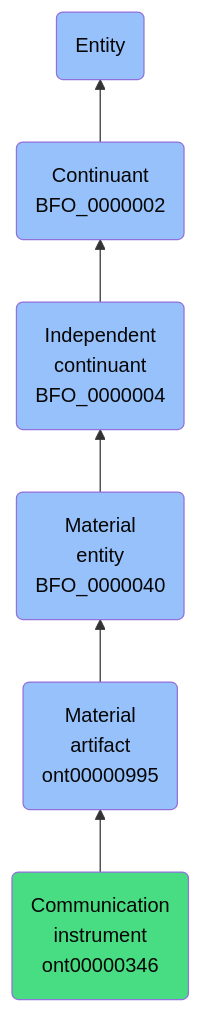
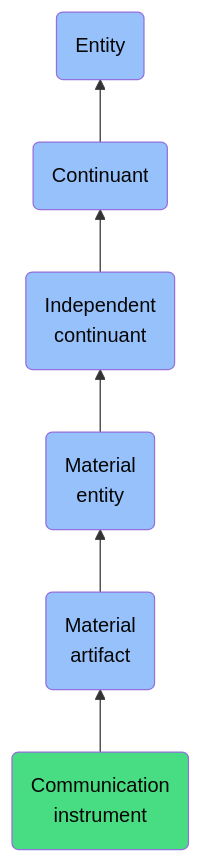
Before and after one commit to jupyter-naas/abi: the diagram in docs/ontology/reference/model/Entity/Continuant/Independent continuant/Material entity/Material artifact/Communication instrument/Communication instrument.md, drawn with Mermaid. The commit also changed other lines of this file and 1430 other files, not shown here.

````diff
--- a/docs/ontology/reference/model/Entity/Continuant/Independent continuant/Material entity/Material artifact/Communication instrument/Communication instrument.md
+++ b/docs/ontology/reference/model/Entity/Continuant/Independent continuant/Material entity/Material artifact/Communication instrument/Communication instrument.md
@@ -24,13 +24,13 @@
 ```mermaid
 graph BT
-    ont00000346(Communication<br>instrument<br>ont00000346):::ABI-->ont00000995
-    ont00000995(Material<br>artifact<br>ont00000995):::BFO-->BFO_0000040
-    BFO_0000040(Material<br>entity<br>BFO_0000040):::BFO-->BFO_0000004
-    BFO_0000004(Independent<br>continuant<br>BFO_0000004):::BFO-->BFO_0000002
-    BFO_0000002(Continuant<br>BFO_0000002):::BFO-->BFO_0000001
+    ont00000346(Communication<br>instrument):::ABI-->ont00000995
+    ont00000995(Material<br>artifact):::BFO-->BFO_0000040
+    BFO_0000040(Material<br>entity):::BFO-->BFO_0000004
+    BFO_0000004(Independent<br>continuant):::BFO-->BFO_0000002
+    BFO_0000002(Continuant):::BFO-->BFO_0000001
     BFO_0000001(Entity):::BFO
     
     classDef BFO fill:#97c1fb,color:#060606
     classDef CCO fill:#e4c51e,color:#060606
     classDef ABI fill:#48DD82,color:#060606
 ```
````
